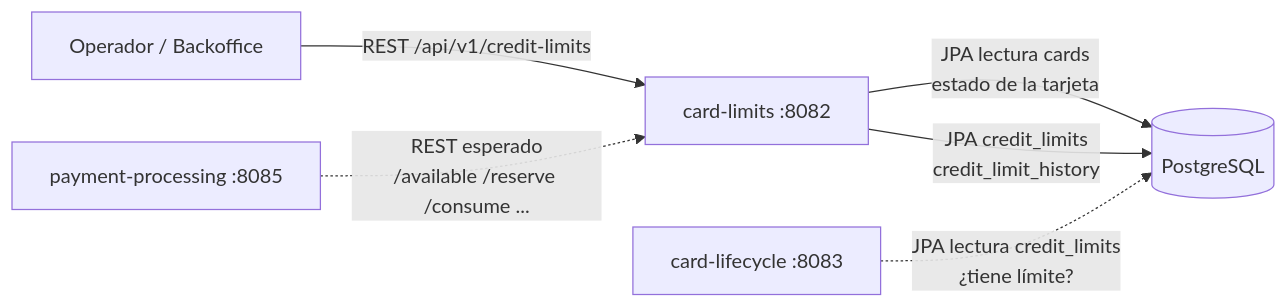
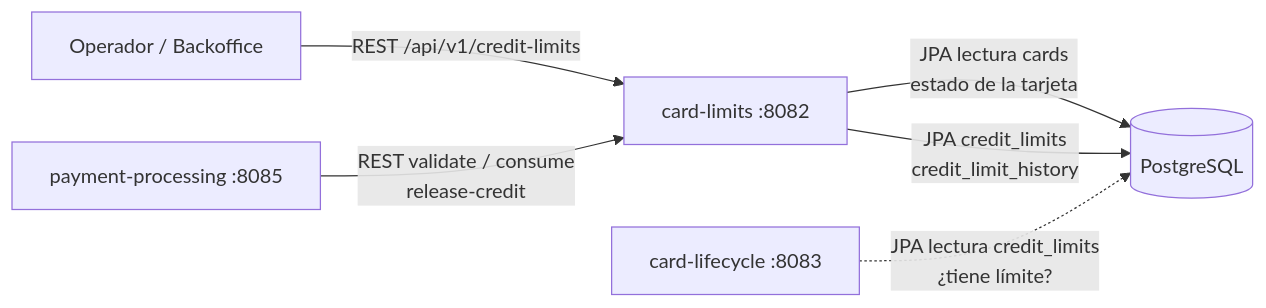
One commit to creditcard-managment/card-managment-service changed the first of 3 diagrams in docs/technical/LIMITS.md. Above: the diagram before and after it, drawn with Mermaid. The commit also changed other lines of this file and 31 other files, not shown here.

````diff
--- a/docs/technical/LIMITS.md
+++ b/docs/technical/LIMITS.md
@@ -22,8 +22,8 @@
 ```mermaid
 flowchart LR
     Op[Operador / Backoffice] -->|REST /api/v1/credit-limits| CLM[card-limits :8082]
     CLM -->|JPA lectura cards<br/>estado de la tarjeta| DB[(PostgreSQL)]
     CLM -->|JPA credit_limits<br/>credit_limit_history| DB
     LC[card-lifecycle :8083] -.->|JPA lectura credit_limits<br/>¿tiene límite?| DB
-    PP[payment-processing :8085] -.->|REST esperado<br/>/available /reserve /consume ...| CLM
+    PP[payment-processing :8085] -->|REST validate / consume<br/>release-credit| CLM
 ```
````
